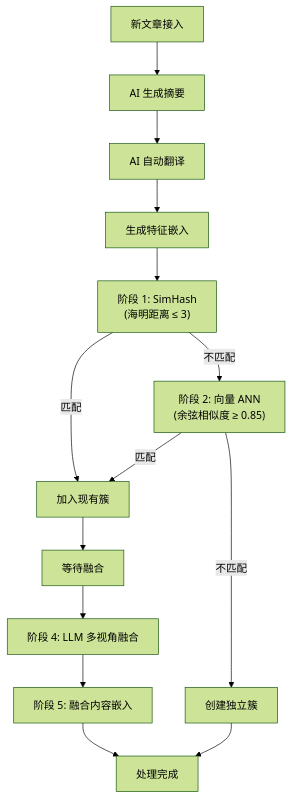
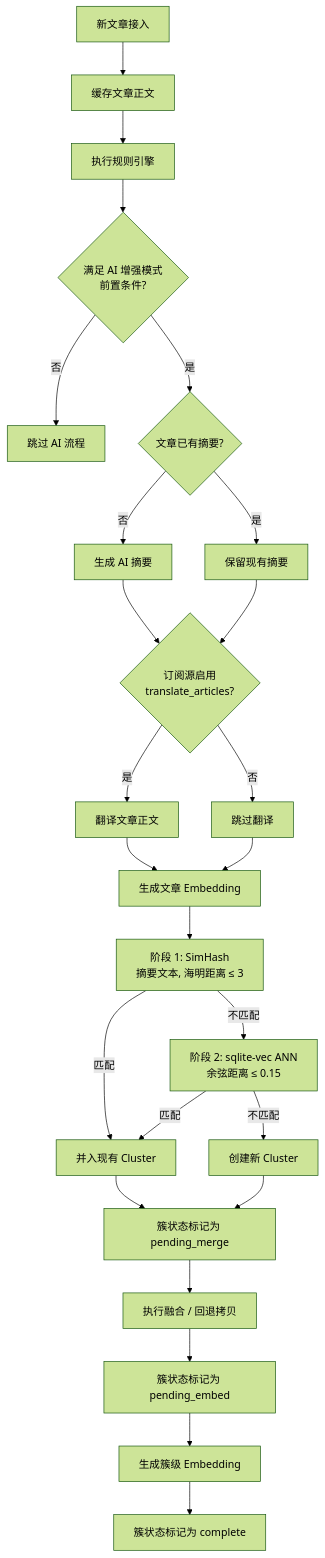
Before and after one commit to TdRoseval/MavenRSS: the diagram in README_zh.md, drawn with Mermaid (forest theme). The commit also changed other lines of this file and 33 other files, not shown here.

````diff
--- a/README_zh.md
+++ b/README_zh.md
@@ -39,16 +38,27 @@
 ```mermaid
 flowchart TD
-    A["新文章接入"] --> B["AI 生成摘要"]
-    B --> C["AI 自动翻译"]
-    C --> D["生成特征嵌入"]
-    D --> E["阶段 1: SimHash \n (海明距离 ≤ 3)"]
-    E -->|匹配| F["加入现有簇"]
-    E -->|不匹配| G["阶段 2: 向量 ANN \n (余弦相似度 ≥ 0.85)"]
-    G -->|匹配| F
-    G -->|不匹配| H["创建独立簇"]
-    F --> I["等待融合"]
-    I --> J["阶段 4: LLM 多视角融合"]
-    J --> K["阶段 5: 融合内容嵌入"]
-    K --> L["处理完成"]
-    H --> L
+    A["新文章接入"] --> B["缓存文章正文"]
+    B --> C["执行规则引擎"]
+    C --> D{"满足 AI 增强模式 \n 前置条件?"}
+    D -->|否| E["跳过 AI 流程"]
+    D -->|是| F{"文章已有摘要?"}
+    F -->|否| G["生成 AI 摘要"]
+    F -->|是| H["保留现有摘要"]
+    G --> I{"订阅源启用 \n translate_articles?"}
+    H --> I
+    I -->|是| J["翻译文章正文"]
+    I -->|否| K["跳过翻译"]
+    J --> L["生成文章 Embedding"]
+    K --> L
+    L --> M["阶段 1: SimHash \n 摘要文本, 海明距离 ≤ 3"]
+    M -->|匹配| N["并入现有 Cluster"]
+    M -->|不匹配| O["阶段 2: sqlite-vec ANN \n 余弦距离 ≤ 0.15"]
+    O -->|匹配| N
+    O -->|不匹配| P["创建新 Cluster"]
+    N --> Q["簇状态标记为 pending_merge"]
+    P --> Q
+    Q --> R["执行融合 / 回退拷贝"]
+    R --> S["簇状态标记为 pending_embed"]
+    S --> T["生成簇级 Embedding"]
+    T --> U["簇状态标记为 complete"]
 ```
````
